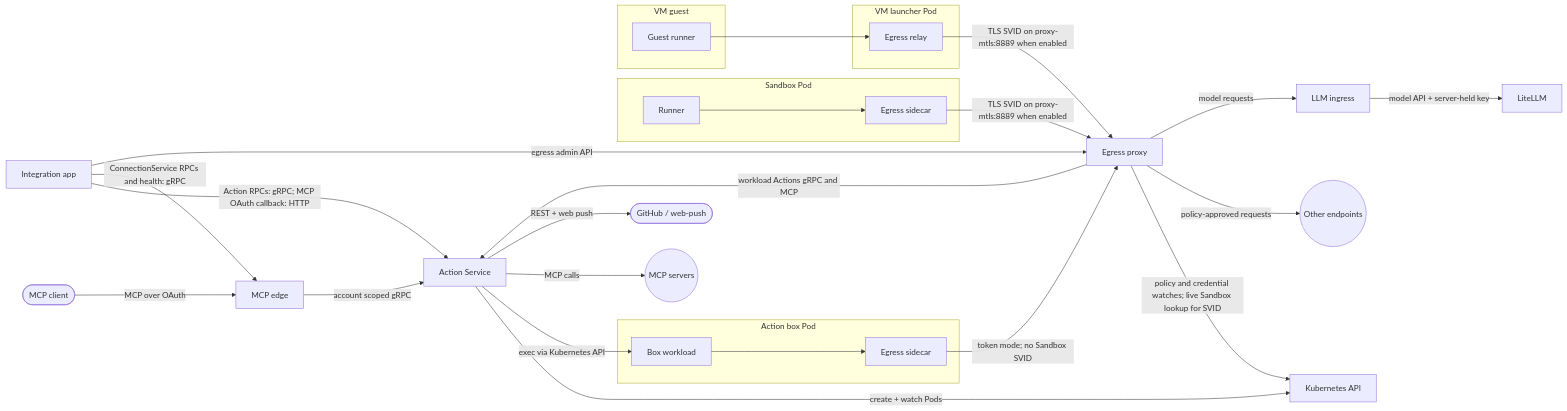
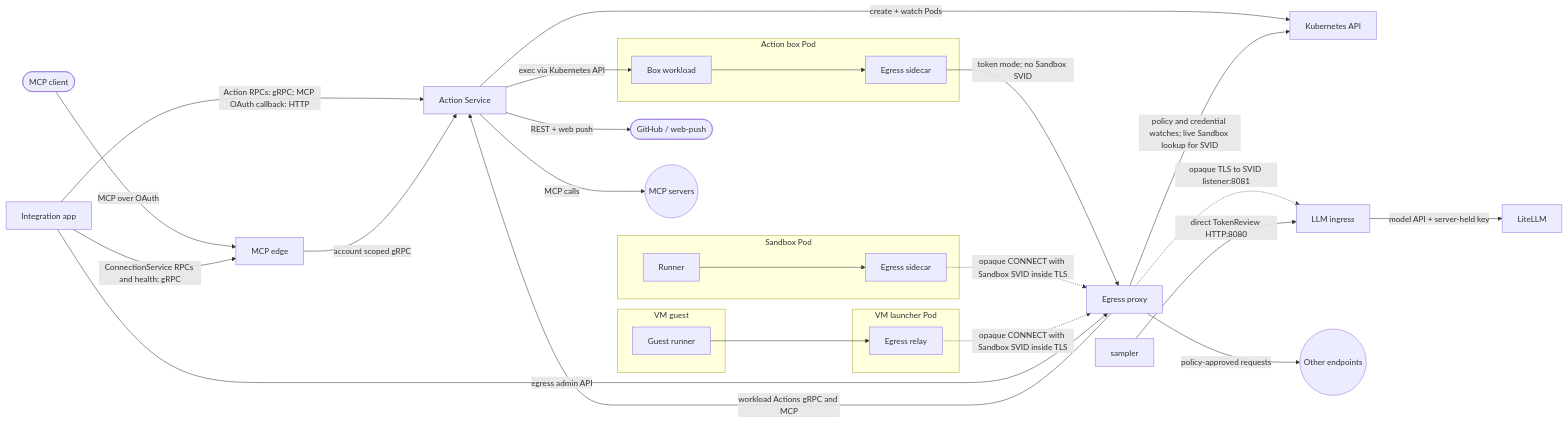
One commit to agentydragon/ducktape changed the ninth of 9 diagrams in agentplane/docs/system_overview.md. Above: the diagram before and after it, drawn with Mermaid. The commit also changed other lines of this file and 24 other files, not shown here.

Commit message:
Authenticate LLM ingress with Sandbox SVIDs

````diff
--- a/agentplane/docs/system_overview.md
+++ b/agentplane/docs/system_overview.md
@@ -529,46 +529,47 @@
 ```mermaid
 flowchart LR
     mcp_client([MCP client])
     github([GitHub / web-push])
     app[Integration app]
     actions[Action Service]
     edge[MCP edge]
     k8s[Kubernetes API]
     subgraph box[Action box Pod]
         workload[Box workload]
         box_sidecar[Egress sidecar]
     end
     subgraph sandbox[Sandbox Pod]
         runner[Runner]
         sidecar[Egress sidecar]
     end
     subgraph vm_guest[VM guest]
         guest[Guest runner]
     end
     subgraph vm_pod[VM launcher Pod]
         relay[Egress relay]
     end
     egress[Egress proxy]
     llm[LLM ingress]
     litellm[LiteLLM]
     other((Other endpoints))
     mcp_servers((MCP servers))
 
     mcp_client -->|MCP over OAuth| edge
     app -->|Action RPCs: gRPC; MCP OAuth callback: HTTP| actions
     app -->|ConnectionService RPCs and health: gRPC| edge
     edge -->|account scoped gRPC| actions
     actions -->|create + watch Pods| k8s
     actions -->|exec via Kubernetes API| workload
     workload --> box_sidecar -->|token mode; no Sandbox SVID| egress
-    runner --> sidecar -->|TLS SVID on proxy-mtls:8889 when enabled| egress
-    guest --> relay -->|TLS SVID on proxy-mtls:8889 when enabled| egress
+    runner --> sidecar -.->|opaque CONNECT with Sandbox SVID inside TLS| egress
+    guest --> relay -.->|opaque CONNECT with Sandbox SVID inside TLS| egress
     app -->|egress admin API| egress
     egress -->|policy and credential watches; live Sandbox lookup for SVID| k8s
     egress -->|workload Actions gRPC and MCP| actions
     egress -->|policy-approved requests| other
-    egress -->|model requests| llm
+    egress -.->|opaque TLS to SVID listener:8081| llm
+    sampler -->|direct TokenReview HTTP:8080| llm
     llm -->|model API + server-held key| litellm
     actions -->|MCP calls| mcp_servers
     actions -->|REST + web push| github
 ```
````
